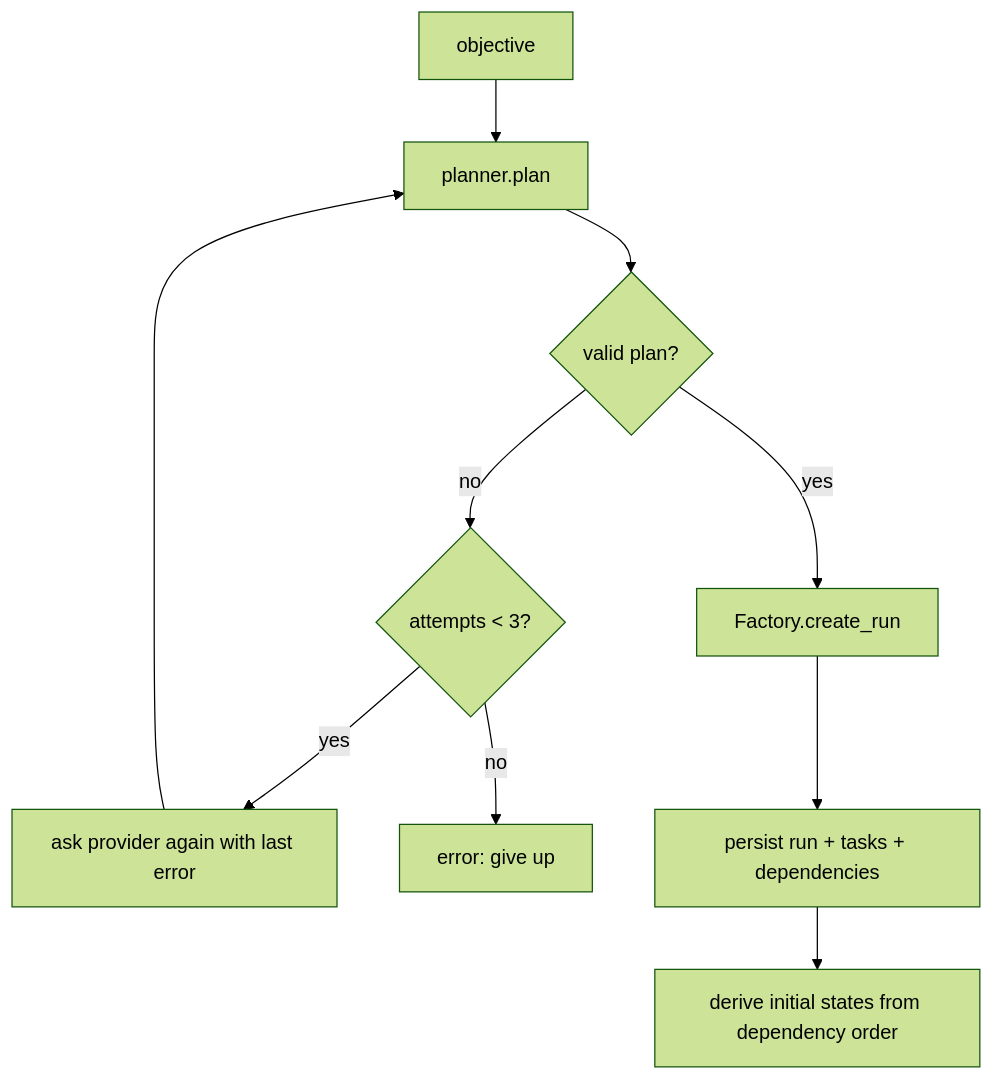
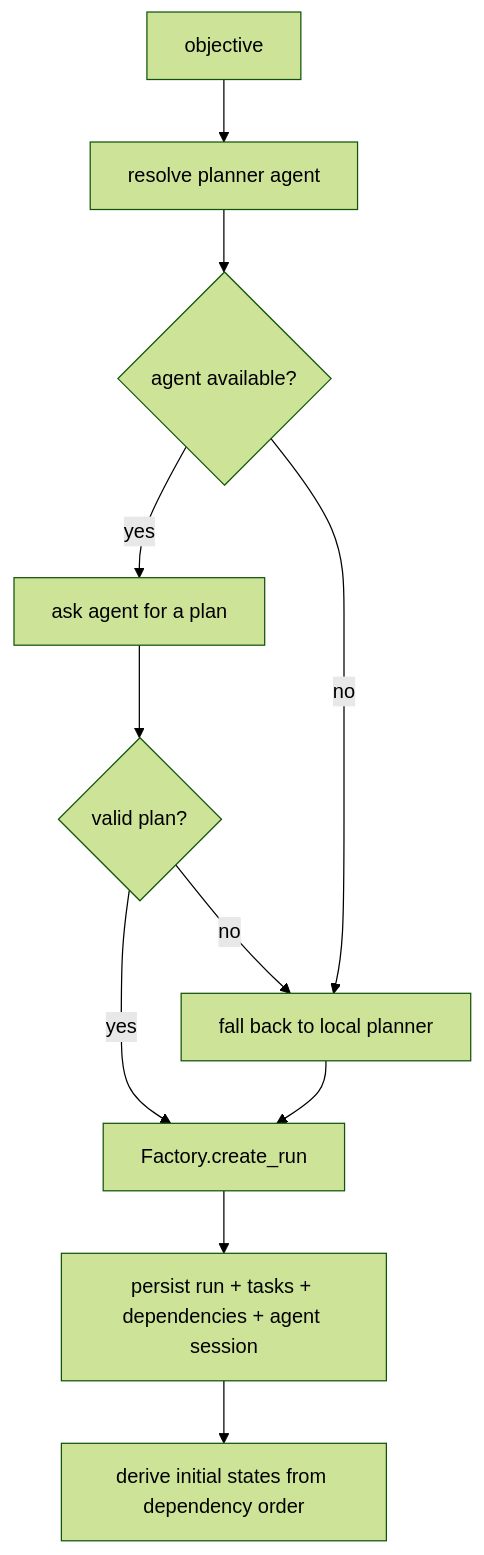
One commit to OmegaMc1331/agentic-software-factory changed the second of 3 diagrams in docs/architecture.md. Above: the diagram before and after it, drawn with Mermaid (forest theme). The commit also changed other lines of this file and 42 other files, not shown here.

````diff
--- a/docs/architecture.md
+++ b/docs/architecture.md
@@ -130,12 +146,13 @@
 ```mermaid
 flowchart TD
-    A[objective] --> B[planner.plan]
-    B --> C{valid plan?}
-    C -- no --> D{attempts < 3?}
-    D -- yes --> E[ask provider again with last error]
-    E --> B
-    D -- no --> F[error: give up]
-    C -- yes --> G[Factory.create_run]
-    G --> H[persist run + tasks + dependencies]
+    A[objective] --> B[resolve planner agent]
+    B --> C{agent available?}
+    C -- yes --> D[ask agent for a plan]
+    D --> E{valid plan?}
+    E -- no --> F[fall back to local planner]
+    C -- no --> F
+    E -- yes --> G[Factory.create_run]
+    F --> G
+    G --> H[persist run + tasks + dependencies + agent session]
     H --> I[derive initial states from dependency order]
 ```
````
